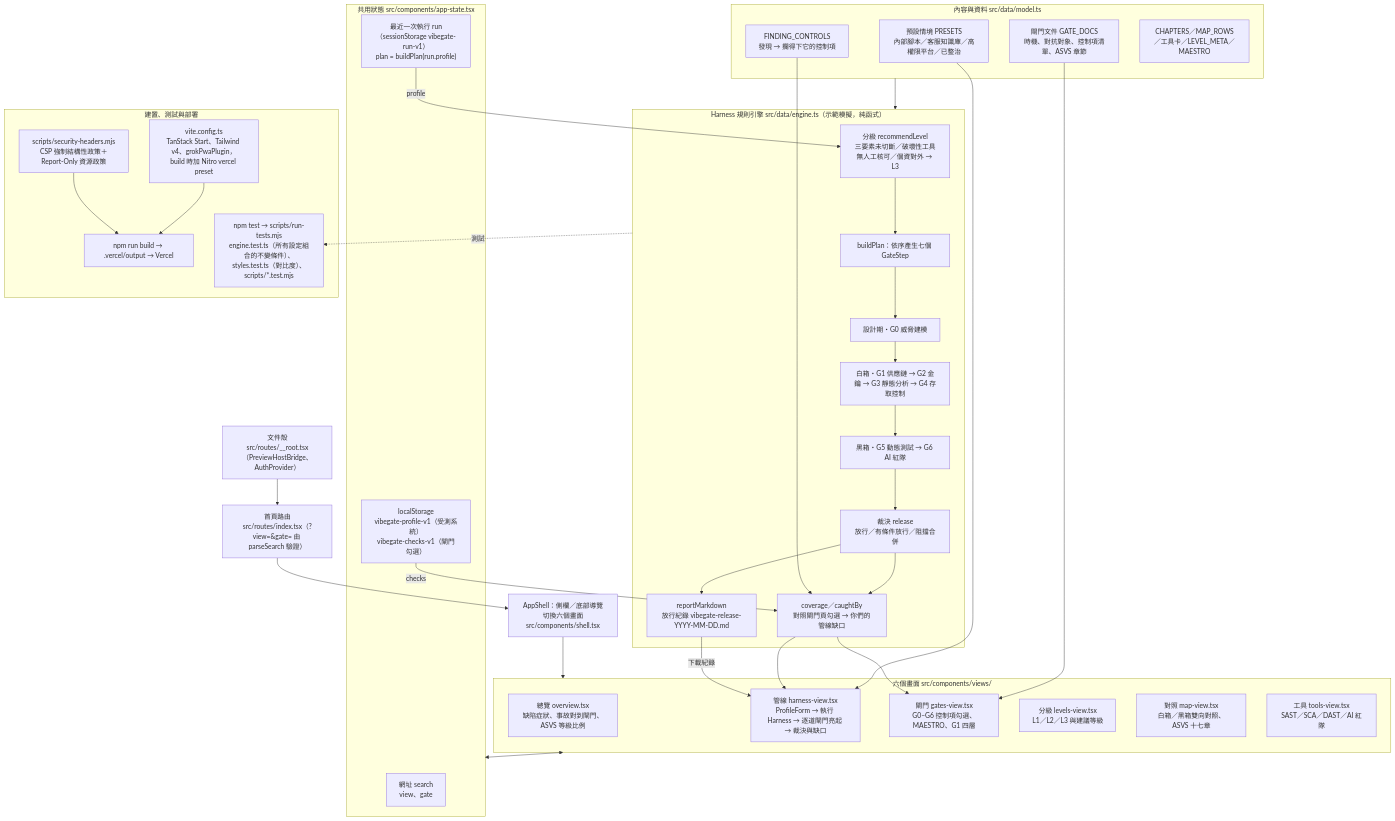
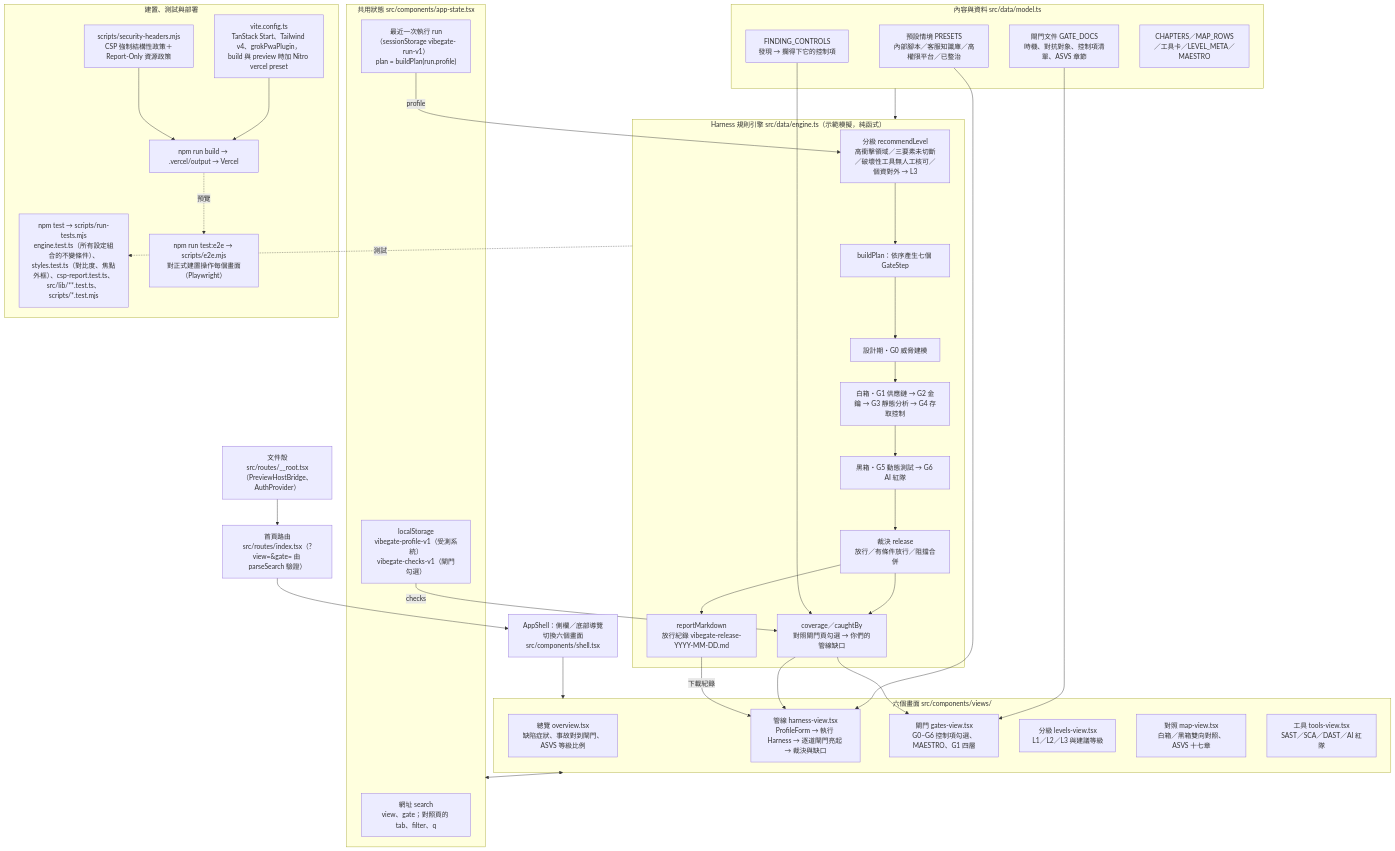
The diagram in README.md (chinchiang/G0withSixGates), drawn with Mermaid before and after one commit. The commit also changed other lines of this file and 20 other files, not shown here.

````diff
--- a/README.md
+++ b/README.md
@@ -11,65 +11,67 @@
 ```mermaid
 flowchart TD
     ROOT["文件殼<br/>src/routes/__root.tsx（PreviewHostBridge、AuthProvider）"] --> IDX["首頁路由<br/>src/routes/index.tsx（?view=&amp;gate= 由 parseSearch 驗證）"]
     IDX --> SHELL["AppShell：側欄／底部導覽切換六個畫面<br/>src/components/shell.tsx"]
 
     subgraph STATE ["共用狀態 src/components/app-state.tsx"]
-        URL["網址 search<br/>view、gate"]
+        URL["網址 search<br/>view、gate；對照頁的 tab、filter、q"]
         LS["localStorage<br/>vibegate-profile-v1（受測系統）<br/>vibegate-checks-v1（閘門勾選）"]
         RUN["最近一次執行 run（sessionStorage vibegate-run-v1）<br/>plan = buildPlan(run.profile)"]
     end
 
     subgraph VIEWS ["六個畫面 src/components/views/"]
         OV["總覽 overview.tsx<br/>缺陷症狀、事故對到閘門、ASVS 等級比例"]
         HV["管線 harness-view.tsx<br/>ProfileForm → 執行 Harness → 逐道閘門亮起 → 裁決與缺口"]
         GV["閘門 gates-view.tsx<br/>G0–G6 控制項勾選、MAESTRO、G1 四層"]
         LV["分級 levels-view.tsx<br/>L1／L2／L3 與建議等級"]
         MV["對照 map-view.tsx<br/>白箱／黑箱雙向對照、ASVS 十七章"]
         TV["工具 tools-view.tsx<br/>SAST／SCA／DAST／AI 紅隊"]
     end
 
     SHELL --> VIEWS
     VIEWS <--> STATE
 
     subgraph MODEL ["內容與資料 src/data/model.ts"]
         PRESET["預設情境 PRESETS<br/>內部腳本／客服知識庫／高權限平台／已整治"]
         DOCS["閘門文件 GATE_DOCS<br/>時機、對抗對象、控制項清單、ASVS 章節"]
         FC["FINDING_CONTROLS<br/>發現 → 攔得下它的控制項"]
         REF["CHAPTERS／MAP_ROWS／工具卡／LEVEL_META／MAESTRO"]
     end
 
     subgraph ENGINE ["Harness 規則引擎 src/data/engine.ts（示範模擬，純函式）"]
-        LVL["分級 recommendLevel<br/>三要素未切斷／破壞性工具無人工核可／個資對外 → L3"]
+        LVL["分級 recommendLevel<br/>高衝擊領域／三要素未切斷／破壞性工具無人工核可／個資對外 → L3"]
         PLAN["buildPlan：依序產生七個 GateStep"]
         G0["設計期・G0 威脅建模"]
         WB["白箱・G1 供應鏈 → G2 金鑰 → G3 靜態分析 → G4 存取控制"]
         BB["黑箱・G5 動態測試 → G6 AI 紅隊"]
         VERDICT["裁決 release<br/>放行／有條件放行／阻擋合併"]
         COV["coverage／caughtBy<br/>對照閘門頁勾選 → 你們的管線缺口"]
         REPORT["reportMarkdown<br/>放行紀錄 vibegate-release-YYYY-MM-DD.md"]
         LVL --> PLAN --> G0 --> WB --> BB --> VERDICT
         VERDICT --> COV
         VERDICT --> REPORT
     end
 
     PRESET --> HV
     DOCS --> GV
     MODEL --> ENGINE
     RUN -- "profile" --> LVL
     LS -- "checks" --> COV
     FC --> COV
     COV --> HV
     COV --> GV
     REPORT -- "下載紀錄" --> HV
 
     subgraph BUILD ["建置、測試與部署"]
-        VITE["vite.config.ts<br/>TanStack Start、Tailwind v4、grokPwaPlugin，<br/>build 時加 Nitro vercel preset"]
+        VITE["vite.config.ts<br/>TanStack Start、Tailwind v4、grokPwaPlugin，<br/>build 與 preview 時加 Nitro vercel preset"]
         HDR["scripts/security-headers.mjs<br/>CSP 強制結構性政策＋Report-Only 資源政策"]
         OUT["npm run build → .vercel/output → Vercel"]
-        TEST["npm test → scripts/run-tests.mjs<br/>engine.test.ts（所有設定組合的不變條件）、styles.test.ts（對比度）、scripts/*.test.mjs"]
+        TEST["npm test → scripts/run-tests.mjs<br/>engine.test.ts（所有設定組合的不變條件）、styles.test.ts（對比度、焦點外框）、csp-report.test.ts、src/lib/**.test.ts、scripts/*.test.mjs"]
+        E2E["npm run test:e2e → scripts/e2e.mjs<br/>對正式建置操作每個畫面（Playwright）"]
         VITE --> OUT
         HDR --> OUT
+        OUT -. 預覽 .-> E2E
     end
 
     ENGINE -. 測試 .-> TEST
 ```
````
